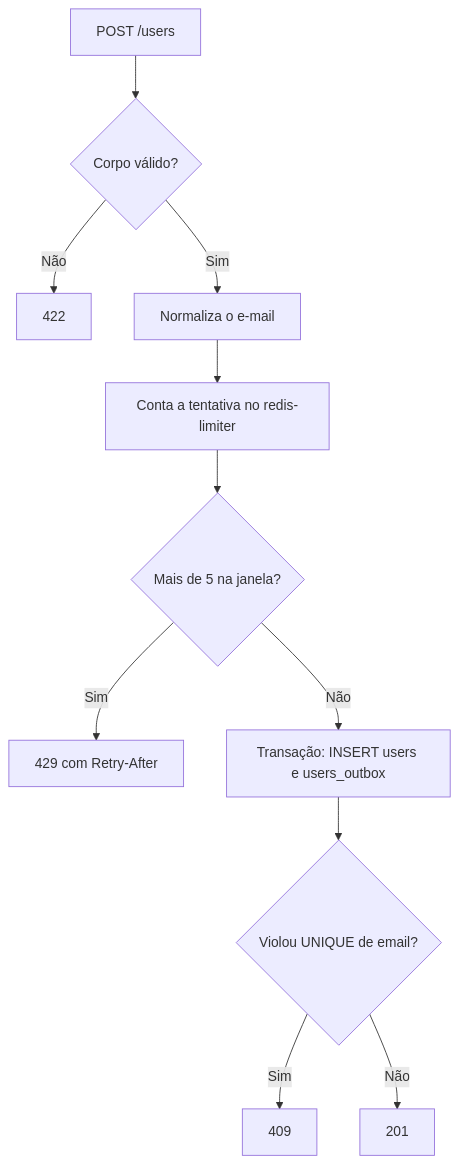
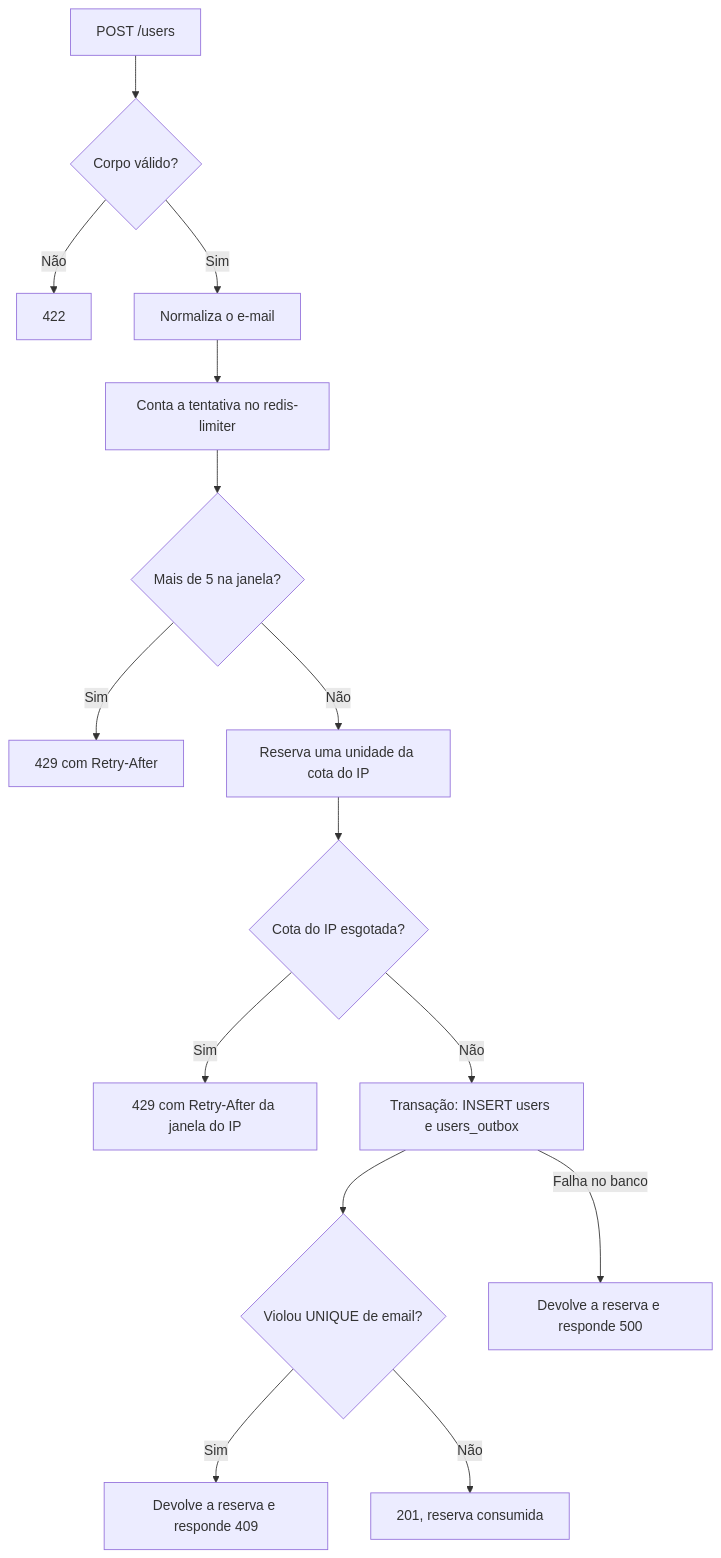
Before and after one commit to diashelter/cadastro-feliz: the diagram in docs/api-contract.md, drawn with Mermaid. The commit also changed other lines of this file and 10 other files, not shown here.

Commit message:
feat(contract): cota de cadastros por IP com scripts testados

````diff
--- a/docs/api-contract.md
+++ b/docs/api-contract.md
@@ -36,13 +36,17 @@
 ```mermaid
 flowchart TD
     start["POST /users"] --> validate{"Corpo válido?"}
     validate -->|Não| r422["422"]
     validate -->|Sim| normalize["Normaliza o e-mail"]
     normalize --> count["Conta a tentativa no redis-limiter"]
     count --> limit{"Mais de 5 na janela?"}
     limit -->|Sim| r429["429 com Retry-After"]
-    limit -->|Não| tx["Transação: INSERT users e users_outbox"]
+    limit -->|Não| reserve["Reserva uma unidade da cota do IP"]
+    reserve --> quota{"Cota do IP esgotada?"}
+    quota -->|Sim| r429ip["429 com Retry-After da janela do IP"]
+    quota -->|Não| tx["Transação: INSERT users e users_outbox"]
     tx --> unique{"Violou UNIQUE de email?"}
-    unique -->|Sim| r409["409"]
-    unique -->|Não| r201["201"]
+    unique -->|Sim| release409["Devolve a reserva e responde 409"]
+    unique -->|Não| r201["201, reserva consumida"]
+    tx -->|Falha no banco| release500["Devolve a reserva e responde 500"]
 ```
````
